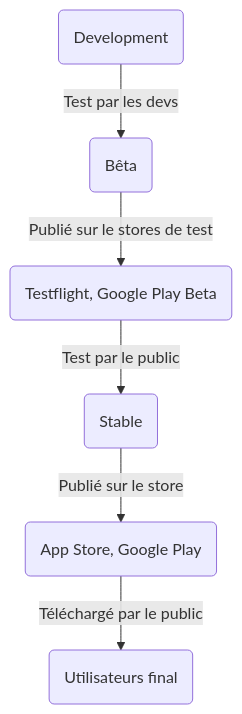
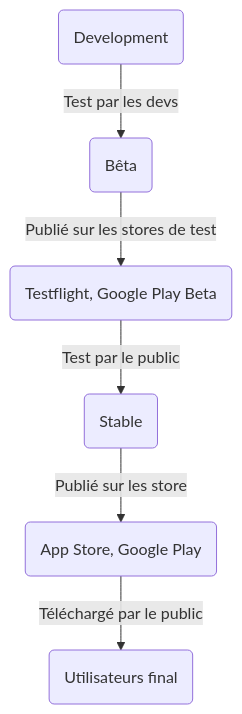
The diagram in docs/contribute/final-step.md (PapillonApp/docs), drawn with Mermaid before and after one commit.

````diff
--- a/docs/contribute/final-step.md
+++ b/docs/contribute/final-step.md
@@ -19,8 +19,8 @@
 ``` mermaid
 graph TD
     A(Development) -->|Test par les devs| B(Bêta)
-    B -->|Publié sur le stores de test| ST(Testflight, Google Play Beta)
+    B -->|Publié sur les stores de test| ST(Testflight, Google Play Beta)
     ST -->|Test par le public| C(Stable)
-    C -->|Publié sur le store| S(App Store, Google Play)
+    C -->|Publié sur les store| S(App Store, Google Play)
     S -->|Téléchargé par le public| U(Utilisateurs final)
 ```
````
